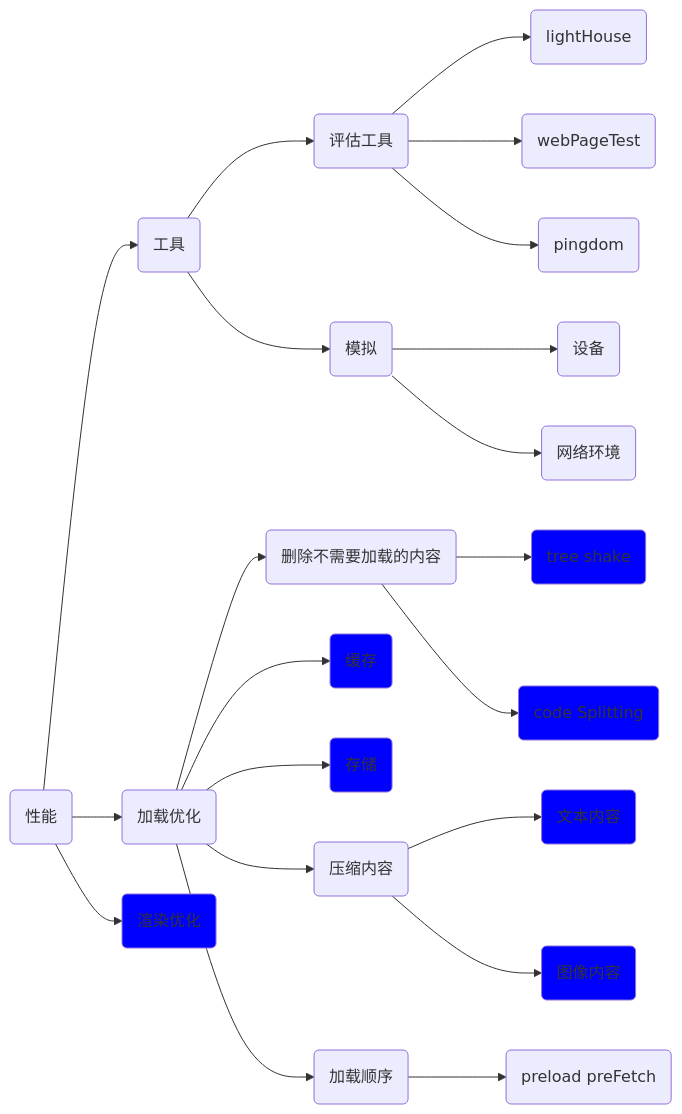
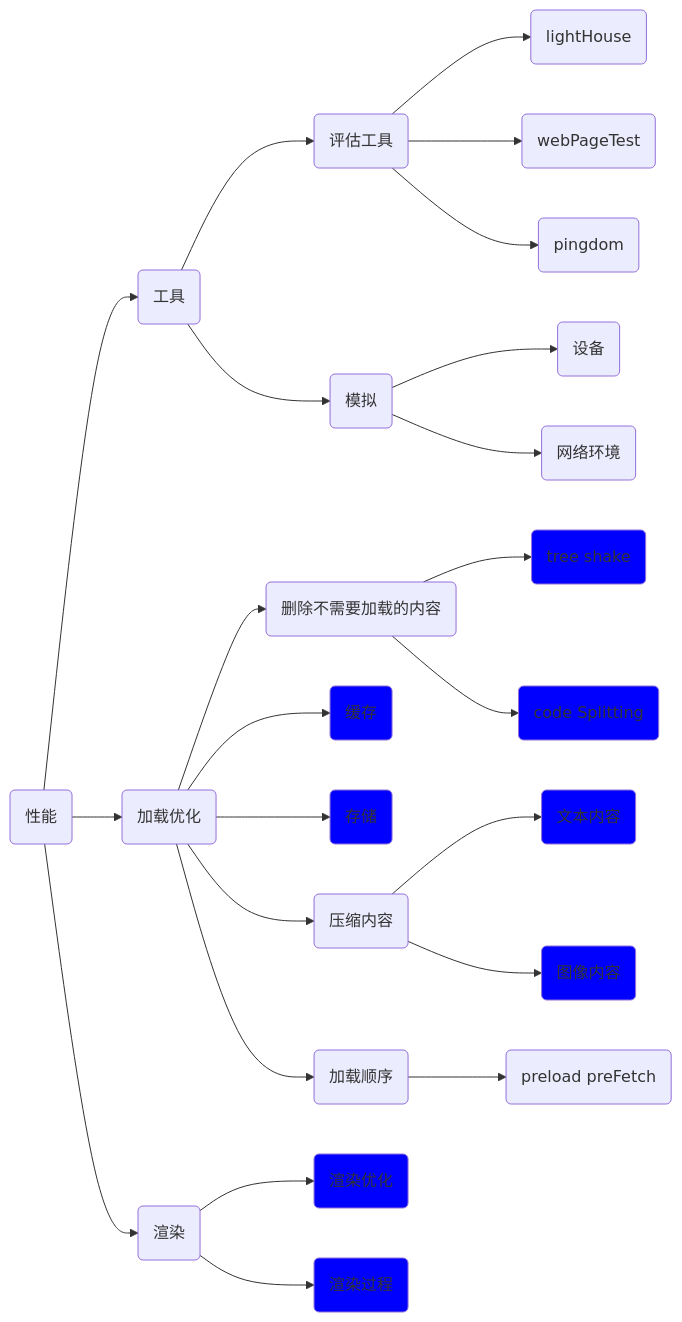
One commit to EdgeWalkerr/x-X-x changed the diagram in Theory/performance/sumarry.md. Above: the diagram before and after it, drawn with Mermaid. The commit also changed other lines of this file and 9053 other files, not shown here.

````diff
--- a/Theory/performance/sumarry.md
+++ b/Theory/performance/sumarry.md
@@ -14,36 +14,39 @@
 ```mermaid
 graph LR
 classDef link fill:blue;
 performance(性能) -->	 tool(工具)
 											tool --> audit(评估工具)
 															 audit -->lightHouse(lightHouse)
                                audit --> webPageTest(webPageTest)
                                audit --> pingdom(pingdom)
                        tool --> simulator(模拟)
                        					simulator --> devices(设备)
                        					simulator --> network(网络环境)
 											
 performance --> loadingPerformance(加载优化)
 								loadingPerformance --> reducePayloads(删除不需要加载的内容)
 																			 reducePayloads --> treeShake(tree shake):::link
 																			 										click treeShake "#tree-shake"
 																			 reducePayloads --> codeSplitting(code Splitting):::link
 																			 										click codeSplitting "#code-splitting"
 								loadingPerformance --> HttpCache(缓存):::link
 																			 click HttpCache "#http-cache"
 								loadingPerformance --> storage(存储):::link
 																				click storage "#storage"
 								loadingPerformance --> compress(压缩内容)
 																				compress --> compressTextContent(文本内容):::link
 																										 click compressTextContent "#compress-text-content"
 																				compress --> compressImage(图像内容):::link
 																										 click compressImage "#compress-image"
 								loadingPerformance --> loadingOrder(加载顺序)
 																			 loadingOrder --> preloadAndPreFetch(preload preFetch)
 																			 
 																			 
-performance --> renderPerformance(渲染优化):::link
+performance --> render(渲染)
+								render --> renderPerformance(渲染优化):::link
+								render --> renderProcess(渲染过程):::link
 								click renderPerformance "#render performance"
+								click renderProcess "#render progress"
 								
 																			 
 ```
````
